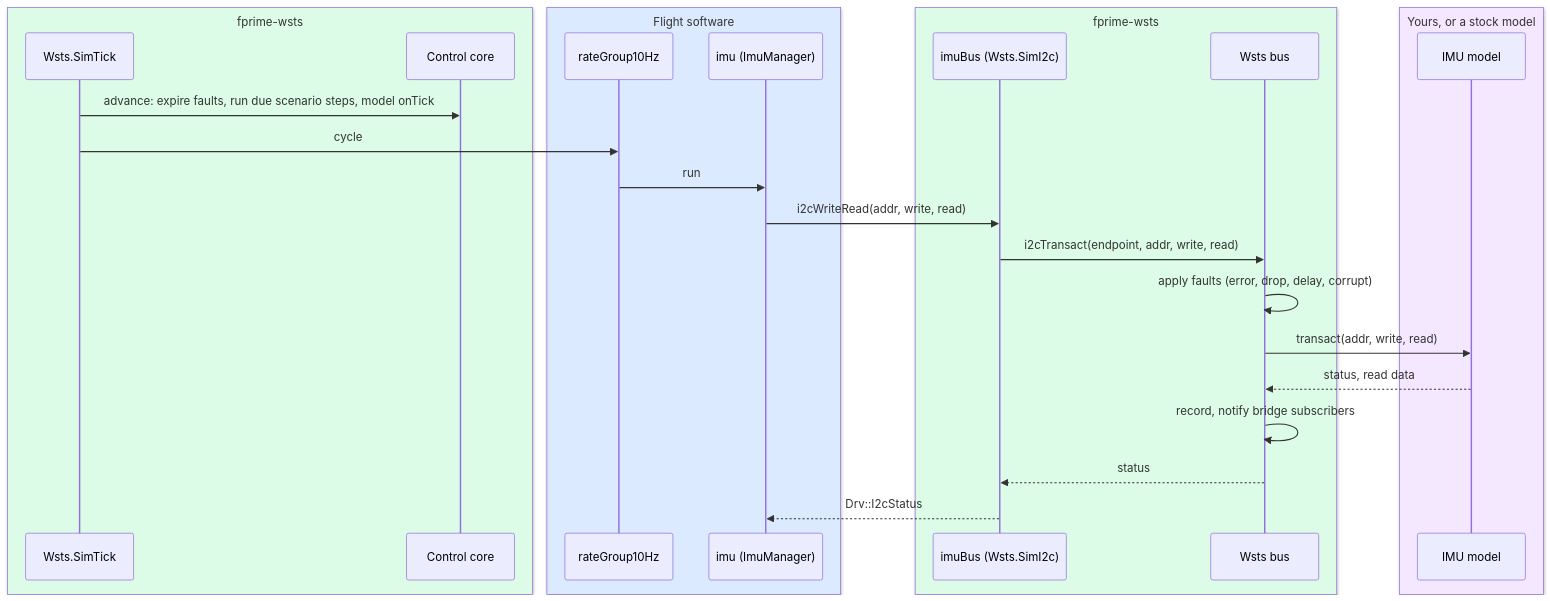
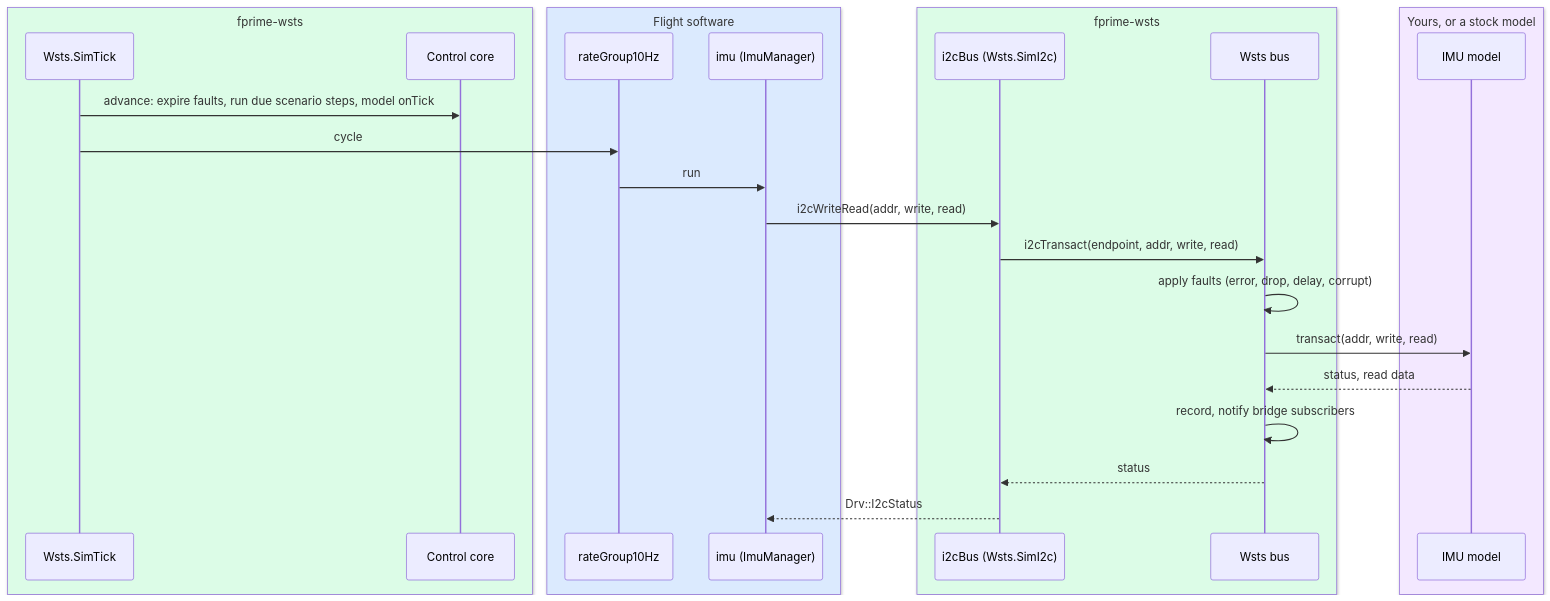
One commit to vincewoo/fprime-wsts changed the third of 8 diagrams in docs/design.md. Above: the diagram before and after it, drawn with Mermaid. The commit also changed other lines of this file and 301 other files, not shown here.

````diff
--- a/docs/design.md
+++ b/docs/design.md
@@ -179,30 +180,30 @@
 ```mermaid
 sequenceDiagram
   box rgb(220, 252, 231) fprime-wsts
     participant Tick as Wsts.SimTick
     participant Core as Control core
   end
   box rgb(219, 234, 254) Flight software
     participant RG as rateGroup10Hz
     participant Imu as imu (ImuManager)
   end
   box rgb(220, 252, 231) fprime-wsts
-    participant Sur as imuBus (Wsts.SimI2c)
+    participant Sur as i2cBus (Wsts.SimI2c)
     participant Bus as Wsts bus
   end
   box rgb(243, 232, 255) Yours, or a stock model
     participant Model as IMU model
   end
 
   Tick->>Core: advance: expire faults, run due scenario steps, model onTick
   Tick->>RG: cycle
   RG->>Imu: run
   Imu->>Sur: i2cWriteRead(addr, write, read)
   Sur->>Bus: i2cTransact(endpoint, addr, write, read)
   Bus->>Bus: apply faults (error, drop, delay, corrupt)
   Bus->>Model: transact(addr, write, read)
   Model-->>Bus: status, read data
   Bus->>Bus: record, notify bridge subscribers
   Bus-->>Sur: status
   Sur-->>Imu: Drv::I2cStatus
 ```
````
